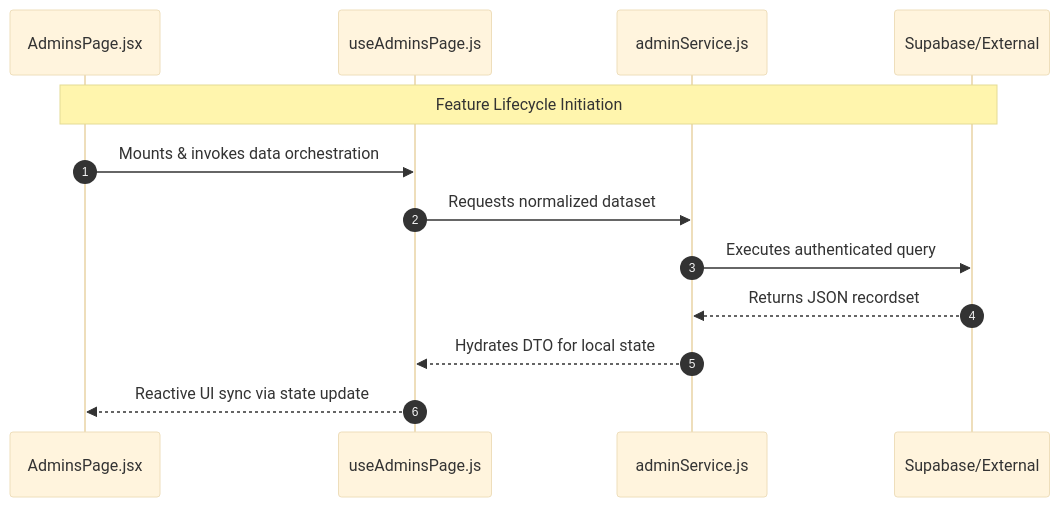
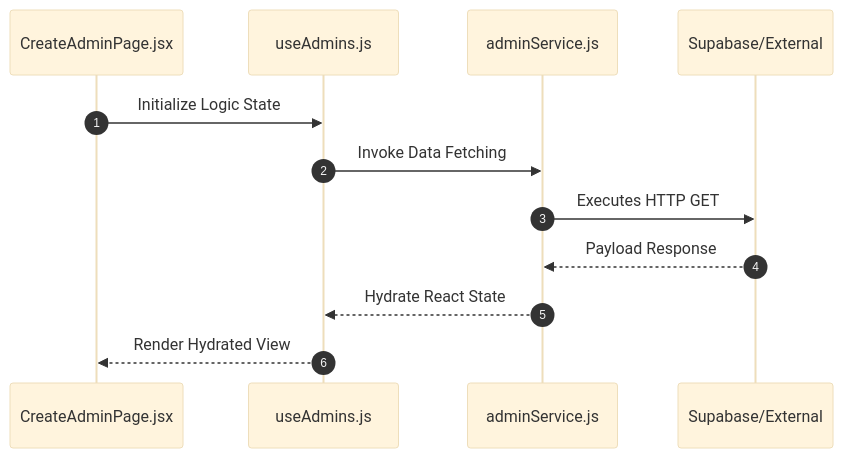
The second of 2 diagrams in src/features/admins/README.md (nexowebai/nexo-superadmin), drawn with Mermaid (base theme) before and after one commit. The commit also changed other lines of this file and 15 other files, not shown here.

````diff
--- a/src/features/admins/README.md
+++ b/src/features/admins/README.md
@@ -16,16 +35,15 @@
 ```mermaid
 sequenceDiagram
-    autonumber
-    participant P as AdminsPage.jsx
-    participant H as useAdminsPage.js
+autonumber
+    participant P as CreateAdminPage.jsx
+    participant H as useAdmins.js
     participant S as adminService.js
     participant API as Supabase/External
 
-    Note over P,API: Feature Lifecycle Initiation
-    P->>H: Mounts & invokes data orchestration
-    H->>S: Requests normalized dataset
-    S->>API: Executes authenticated query
-    API-->>S: Returns JSON recordset
-    S-->>H: Hydrates DTO for local state
-    H-->>P: Reactive UI sync via state update
+    P->>H: Initialize Logic State
+    H->>S: Invoke Data Fetching
+    S->>API: Executes HTTP GET
+    API-->>S: Payload Response
+    S-->>H: Hydrate React State
+    H-->>P: Render Hydrated View
 ```
````
